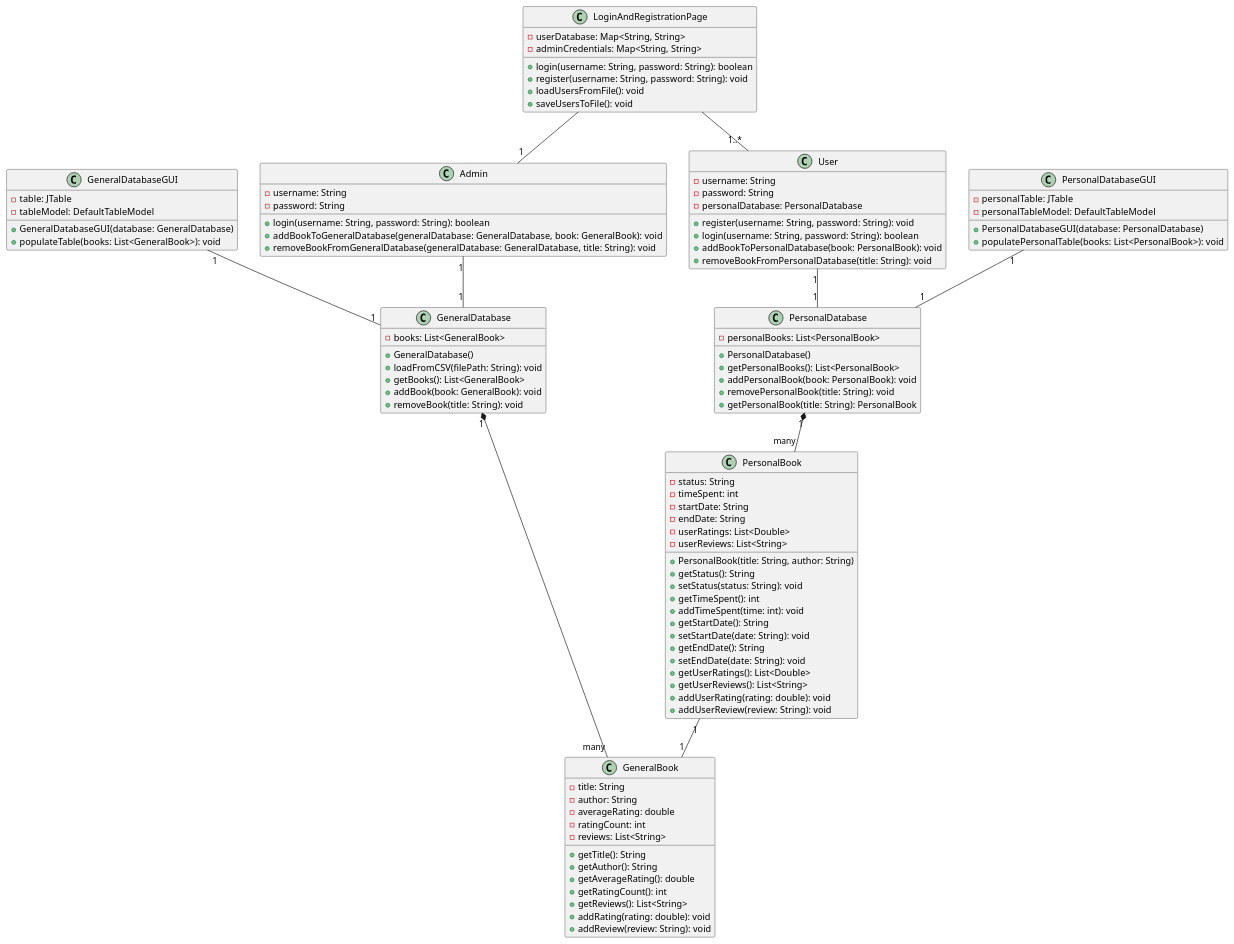
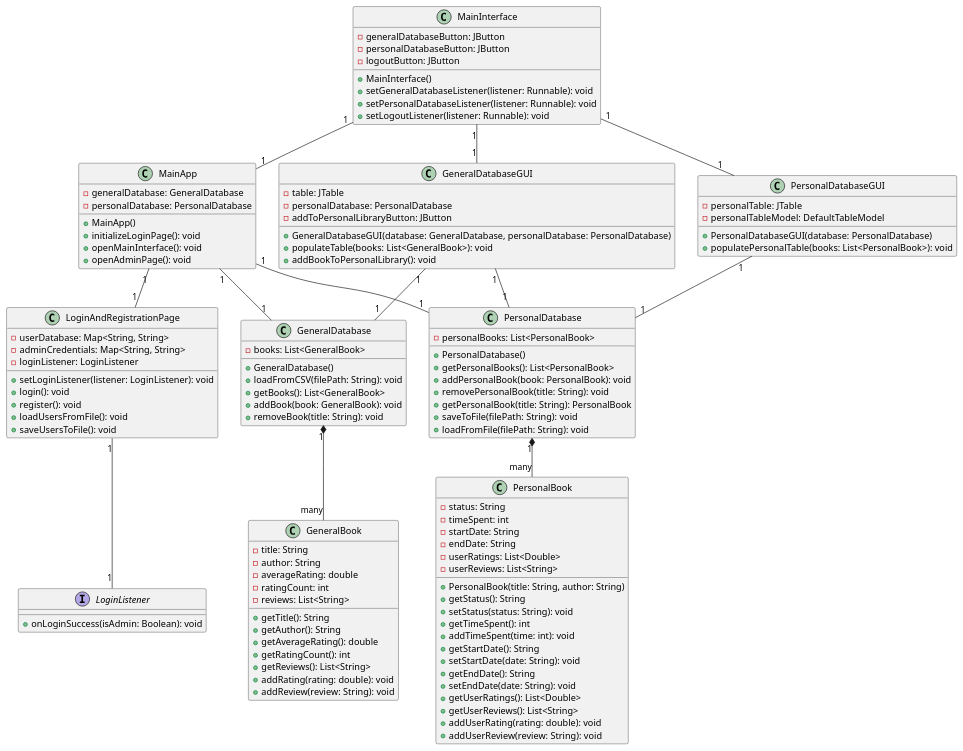
One commit to RamilZohrabli/Library-Management-System changed the diagram in UMLDiagram.puml. Above: the diagram before and after it, drawn with PlantUML.

Commit message:
Updated and modified UML diagram

```diff
--- a/UMLDiagram.puml
+++ b/UMLDiagram.puml
@@ -1,107 +1,122 @@
 @startuml Book Management Application
 class GeneralBook {
   - title: String
   - author: String
   - averageRating: double
   - ratingCount: int
   - reviews: List<String>
   + getTitle(): String
   + getAuthor(): String
   + getAverageRating(): double
   + getRatingCount(): int
   + getReviews(): List<String>
   + addRating(rating: double): void
   + addReview(review: String): void
 }
 
 class GeneralDatabase {
   - books: List<GeneralBook>
   + GeneralDatabase()
   + loadFromCSV(filePath: String): void
   + getBooks(): List<GeneralBook>
   + addBook(book: GeneralBook): void
   + removeBook(title: String): void
 }
 
 class GeneralDatabaseGUI {
   - table: JTable
-  - tableModel: DefaultTableModel
-  + GeneralDatabaseGUI(database: GeneralDatabase)
+  - personalDatabase: PersonalDatabase
+  - addToPersonalLibraryButton: JButton
+  + GeneralDatabaseGUI(database: GeneralDatabase, personalDatabase: PersonalDatabase)
   + populateTable(books: List<GeneralBook>): void
+  + addBookToPersonalLibrary(): void
 }
 
 class PersonalBook {
   - status: String
   - timeSpent: int
   - startDate: String
   - endDate: String
   - userRatings: List<Double>
   - userReviews: List<String>
   + PersonalBook(title: String, author: String)
   + getStatus(): String
   + setStatus(status: String): void
   + getTimeSpent(): int
   + addTimeSpent(time: int): void
   + getStartDate(): String
   + setStartDate(date: String): void
   + getEndDate(): String
   + setEndDate(date: String): void
   + getUserRatings(): List<Double>
   + getUserReviews(): List<String>
   + addUserRating(rating: double): void
   + addUserReview(review: String): void
 }
 
 class PersonalDatabase {
   - personalBooks: List<PersonalBook>
   + PersonalDatabase()
   + getPersonalBooks(): List<PersonalBook>
   + addPersonalBook(book: PersonalBook): void
   + removePersonalBook(title: String): void
   + getPersonalBook(title: String): PersonalBook
+  + saveToFile(filePath: String): void
+  + loadFromFile(filePath: String): void
 }
 
 class PersonalDatabaseGUI {
   - personalTable: JTable
   - personalTableModel: DefaultTableModel
   + PersonalDatabaseGUI(database: PersonalDatabase)
   + populatePersonalTable(books: List<PersonalBook>): void
 }
 
-class User {
-  - username: String
-  - password: String
-  - personalDatabase: PersonalDatabase
-  + register(username: String, password: String): void
-  + login(username: String, password: String): boolean
-  + addBookToPersonalDatabase(book: PersonalBook): void
-  + removeBookFromPersonalDatabase(title: String): void
-}
-
-class Admin {
-  - username: String
-  - password: String
-  + login(username: String, password: String): boolean
-  + addBookToGeneralDatabase(generalDatabase: GeneralDatabase, book: GeneralBook): void
-  + removeBookFromGeneralDatabase(generalDatabase: GeneralDatabase, title: String): void
-}
-
 class LoginAndRegistrationPage {
   - userDatabase: Map<String, String>
   - adminCredentials: Map<String, String>
-  + login(username: String, password: String): boolean
-  + register(username: String, password: String): void
+  - loginListener: LoginListener
+  + setLoginListener(listener: LoginListener): void
+  + login(): void
+  + register(): void
   + loadUsersFromFile(): void
   + saveUsersToFile(): void
 }
 
+interface LoginListener {
+  + onLoginSuccess(isAdmin: Boolean): void
+}
+
+class MainInterface {
+  - generalDatabaseButton: JButton
+  - personalDatabaseButton: JButton
+  - logoutButton: JButton
+  + MainInterface()
+  + setGeneralDatabaseListener(listener: Runnable): void
+  + setPersonalDatabaseListener(listener: Runnable): void
+  + setLogoutListener(listener: Runnable): void
+}
+
+class MainApp {
+  - generalDatabase: GeneralDatabase
+  - personalDatabase: PersonalDatabase
+  + MainApp()
+  + initializeLoginPage(): void
+  + openMainInterface(): void
+  + openAdminPage(): void
+}
+
 GeneralDatabase "1" *-- "many" GeneralBook
 PersonalDatabase "1" *-- "many" PersonalBook
-PersonalBook "1" -- "1" GeneralBook
-User "1" -- "1" PersonalDatabase
 GeneralDatabaseGUI "1" -- "1" GeneralDatabase
+GeneralDatabaseGUI "1" -- "1" PersonalDatabase
 PersonalDatabaseGUI "1" -- "1" PersonalDatabase
-Admin "1" -- "1" GeneralDatabase
-LoginAndRegistrationPage -- "1" Admin
-LoginAndRegistrationPage -- "1..*" User
+LoginAndRegistrationPage "1" -- "1" LoginListener
+MainApp "1" -- "1" GeneralDatabase
+MainApp "1" -- "1" PersonalDatabase
+MainApp "1" -- "1" LoginAndRegistrationPage
+MainInterface "1" -- "1" MainApp
+MainInterface "1" -- "1" GeneralDatabaseGUI
+MainInterface "1" -- "1" PersonalDatabaseGUI
+
 @enduml
```
